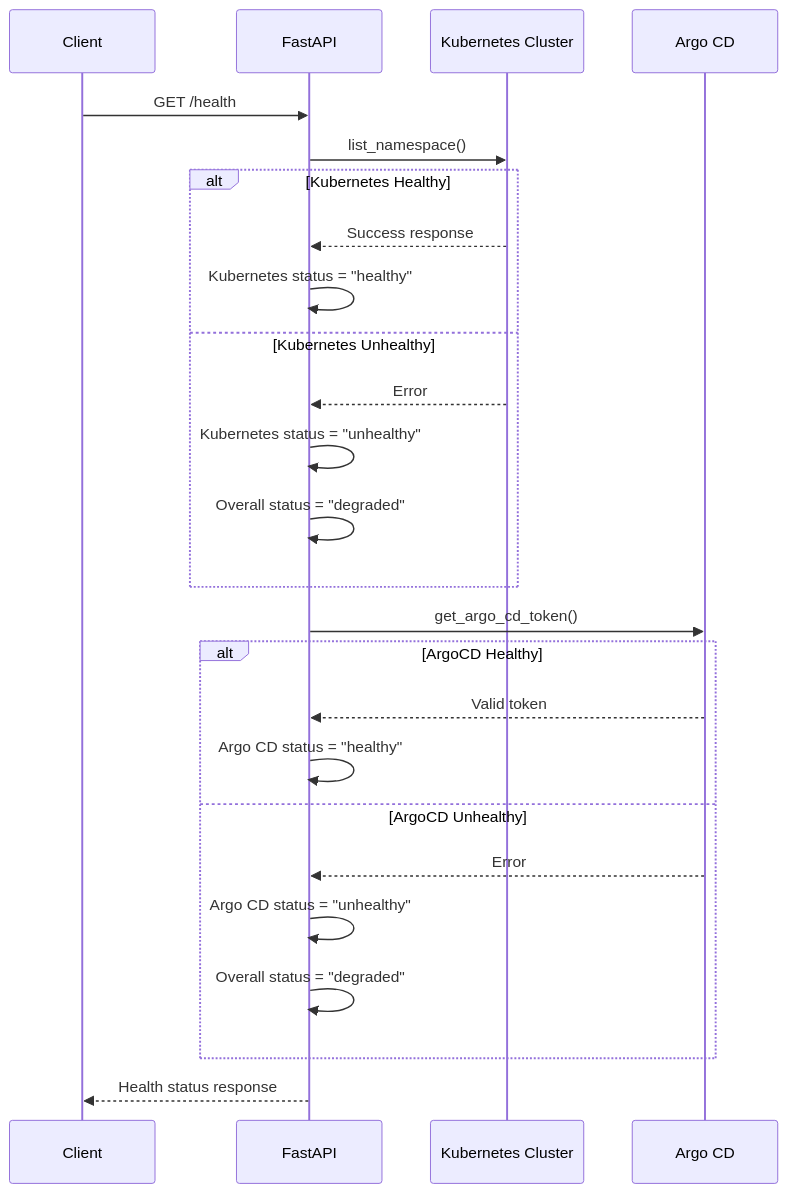
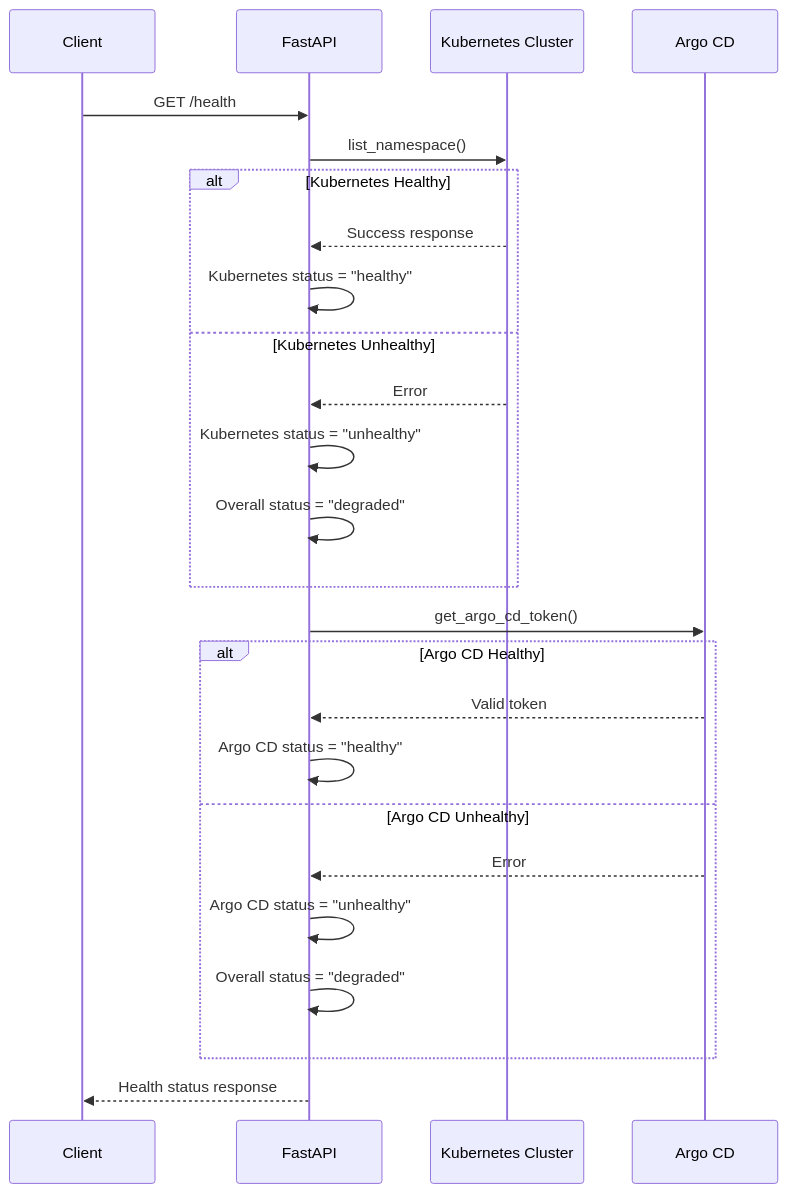
One commit to lloydchang/tvp-k8s changed the sixth of 9 diagrams in README.md. Above: the diagram before and after it, drawn with Mermaid. The commit also changed 1 other file, not shown here.

````diff
--- a/README.md
+++ b/README.md
@@ -310,32 +310,32 @@
 ```mermaid
 sequenceDiagram
     participant Client
     participant FastAPI
     participant Kubernetes as Kubernetes Cluster
     participant ArgoCD as Argo CD
     
     Client->>FastAPI: GET /health
     
     FastAPI->>Kubernetes: list_namespace()
     alt Kubernetes Healthy
         Kubernetes-->>FastAPI: Success response
         FastAPI->>FastAPI: Kubernetes status = "healthy"
     else Kubernetes Unhealthy
         Kubernetes-->>FastAPI: Error
         FastAPI->>FastAPI: Kubernetes status = "unhealthy"
         FastAPI->>FastAPI: Overall status = "degraded"
     end
     
     FastAPI->>ArgoCD: get_argo_cd_token()
-    alt ArgoCD Healthy
+    alt Argo CD Healthy
         ArgoCD-->>FastAPI: Valid token
         FastAPI->>FastAPI: Argo CD status = "healthy"
-    else ArgoCD Unhealthy
+    else Argo CD Unhealthy
         ArgoCD-->>FastAPI: Error
         FastAPI->>FastAPI: Argo  CD status = "unhealthy"
         FastAPI->>FastAPI: Overall status = "degraded"
     end
     
     FastAPI-->>Client: Health status response
 
 ```
````
